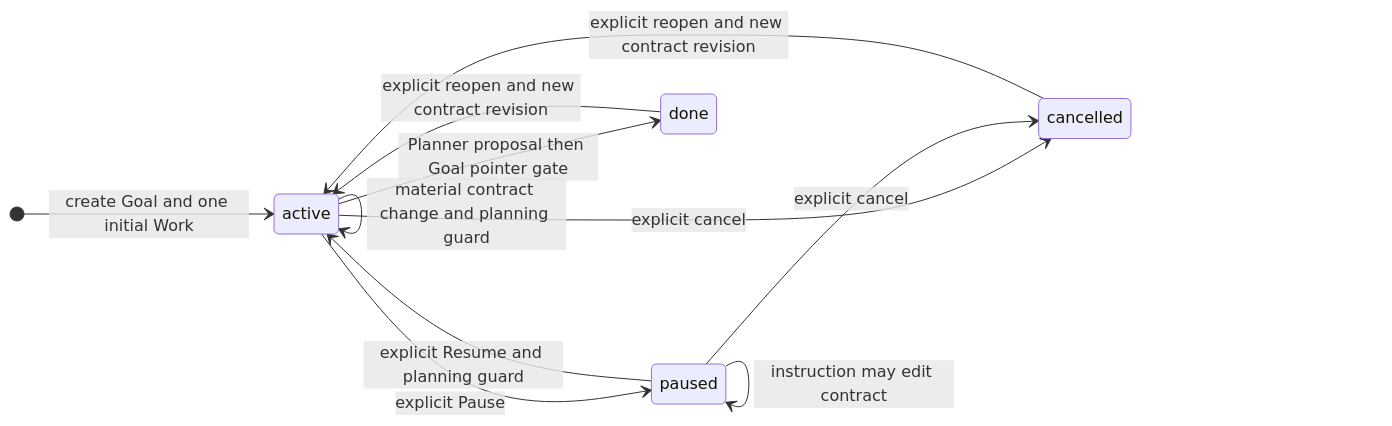
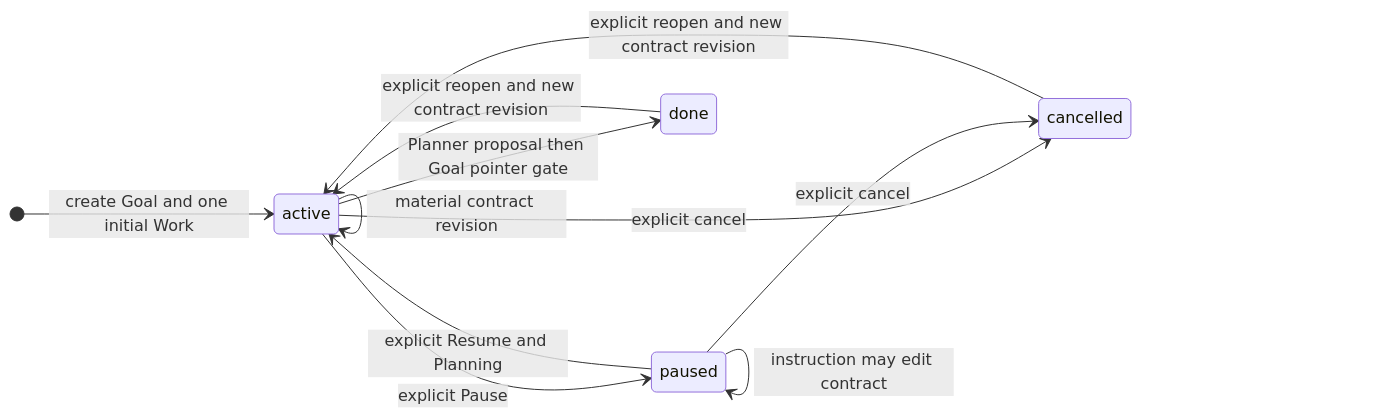
One commit to kllilizxc/hopi-auto changed the third of 4 diagrams in docs/mvp_state_machine.md. Above: the diagram before and after it, drawn with Mermaid. The commit also changed other lines of this file and 24 other files, not shown here.

````diff
--- a/docs/mvp_state_machine.md
+++ b/docs/mvp_state_machine.md
@@ -314,20 +314,20 @@
 ```mermaid
 stateDiagram-v2
     direction LR
 
     state "active" as Active
     state "paused" as Paused
     state "done" as Done
     state "cancelled" as Cancelled
 
     [*] --> Active : create Goal and one initial Work
-    Active --> Active : material contract change and planning guard
+    Active --> Active : material contract revision
     Active --> Paused : explicit Pause
     Paused --> Paused : instruction may edit contract
-    Paused --> Active : explicit Resume and planning guard
+    Paused --> Active : explicit Resume and Planning
     Active --> Done : Planner proposal then Goal pointer gate
     Active --> Cancelled : explicit cancel
     Paused --> Cancelled : explicit cancel
     Done --> Active : explicit reopen and new contract revision
     Cancelled --> Active : explicit reopen and new contract revision
 ```
````
